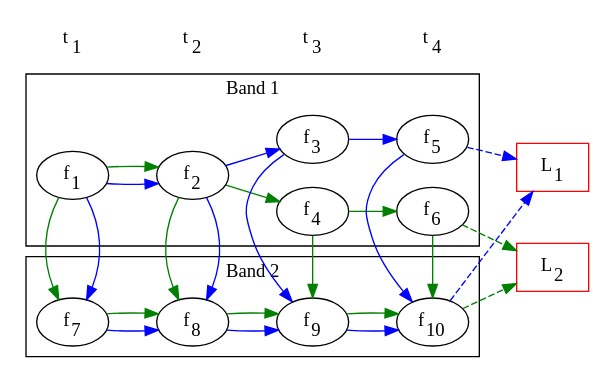
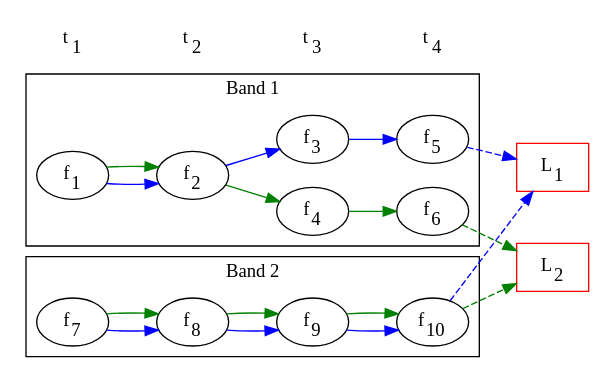
Before and after one commit to transientskp/tkp: the diagram in documentation/source/database/assoc/one2many.multiband.dot, drawn with Graphviz. The commit also changed 5 other files, not shown here.

```diff
--- a/documentation/source/database/assoc/one2many.multiband.dot
+++ b/documentation/source/database/assoc/one2many.multiband.dot
@@ -1,53 +1,42 @@
 digraph one2many {
     rankdir=LR;
     f1 [label=<f<SUB>1</SUB>>];
     f2 [label=<f<SUB>2</SUB>>];
     f3 [label=<f<SUB>3</SUB>>];
     f4 [label=<f<SUB>4</SUB>>];
     f5 [label=<f<SUB>5</SUB>>];
     f6 [label=<f<SUB>6</SUB>>];
     f7 [label=<f<SUB>7</SUB>>];
     f8 [label=<f<SUB>8</SUB>>];
     f9 [label=<f<SUB>9</SUB>>];
     f10 [label=<f<SUB>10</SUB>>];
 
     subgraph cluster0 {
         node [style=filled,color=white];
         f1 -> f2 -> f3 -> f5 [color=blue];
         f1 -> f2 -> f4 -> f6 [color=green];
         label = "Band 1";
     }
     subgraph cluster1 {
         rank = min;
         node [style=filled];
         f7 -> f8 -> f9 -> f10 [color=blue];
         f7 -> f8 -> f9 -> f10 [color=green];
         label = "Band 2";
     }
-    edge[color=blue, constraint=false];
-    f1 -> f7;
-    f2 -> f8;
-    f3 -> f9;
-    f5 -> f10;
-    edge[color=green, constraint=false];
-    f1 -> f7;
-    f2 -> f8;
-    f4 -> f9;
-    f6 -> f10;
-    edge[constraint=true];
 
     f5 -> l1 [style=dashed, color=blue];
     f10 -> l1 [style=dashed, color=blue];
     l1[label=<L<SUB>1</SUB>>, shape=box, color=red];
     f6 -> l2 [style=dashed, color=green];
     f10 -> l2 [style=dashed, color=green];
     l2[label=<L<SUB>2</SUB>>, shape=box, color=red];
 
     node[shape=none];
     edge[style=invis];
     t1 [label=<t<SUB>1</SUB>>];
     t2 [label=<t<SUB>2</SUB>>];
     t3 [label=<t<SUB>3</SUB>>];
     t4 [label=<t<SUB>4</SUB>>];
     t1 -> t2 -> t3 -> t4;
 }
```
